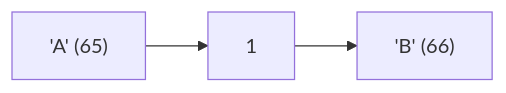
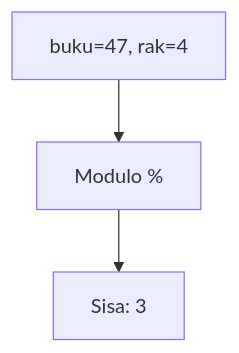
One commit to amnahwaida/OSNK_INF_PREP changed the sixth of 25 diagrams in part-c-pemahaman-cpp/01-tipe-data/latihan/set-04.md. Above: the diagram before and after it, drawn with Mermaid. The commit also changed other lines of this file and 71 other files, not shown here.

````diff
--- a/part-c-pemahaman-cpp/01-tipe-data/latihan/set-04.md
+++ b/part-c-pemahaman-cpp/01-tipe-data/latihan/set-04.md
@@ -156,5 +164,5 @@
 ```mermaid
-graph LR
-A["'A' (65)"] --> B["1"]
-B --> C["'B' (66)"]
+graph TD
+A["buku=47, rak=4"] --> B["Modulo %"]
+B --> C["Sisa: 3"]
 ```
````
